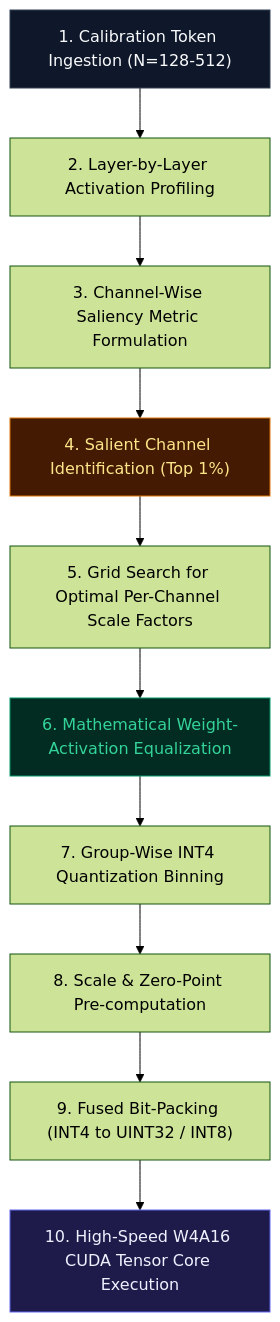
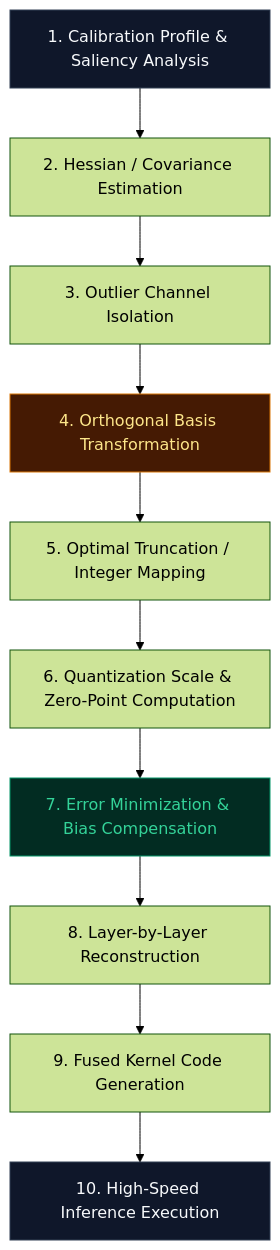
One commit to tahamajs/NeuralOps changed the second of 2 diagrams in Docs/content/compressions_blog/awq_blog.md. Above: the diagram before and after it, drawn with Mermaid (forest theme). The commit also changed other lines of this file and 193 other files, not shown here.

````diff
--- a/Docs/content/compressions_blog/awq_blog.md
+++ b/Docs/content/compressions_blog/awq_blog.md
@@ -76,17 +75,17 @@
 ```mermaid
 graph TD
-    P1["1. Calibration Token Ingestion (N=128-512)"] --> P2["2. Layer-by-Layer Activation Profiling"]
-    P2 --> P3["3. Channel-Wise Saliency Metric Formulation"]
-    P3 --> P4["4. Salient Channel Identification (Top 1%)"]
-    P4 --> P5["5. Grid Search for Optimal Per-Channel Scale Factors"]
-    P5 --> P6["6. Mathematical Weight-Activation Equalization"]
-    P6 --> P7["7. Group-Wise INT4 Quantization Binning"]
-    P7 --> P8["8. Scale & Zero-Point Pre-computation"]
-    P8 --> P9["9. Fused Bit-Packing (INT4 to UINT32 / INT8)"]
-    P9 --> P10["10. High-Speed W4A16 CUDA Tensor Core Execution"]
+    Step1["1. Calibration Profile & Saliency Analysis"] --> Step2["2. Hessian / Covariance Estimation"]
+    Step2 --> Step3["3. Outlier Channel Isolation"]
+    Step3 --> Step4["4. Orthogonal Basis Transformation"]
+    Step4 --> Step5["5. Optimal Truncation / Integer Mapping"]
+    Step5 --> Step6["6. Quantization Scale & Zero-Point Computation"]
+    Step6 --> Step7["7. Error Minimization & Bias Compensation"]
+    Step7 --> Step8["8. Layer-by-Layer Reconstruction"]
+    Step8 --> Step9["9. Fused Kernel Code Generation"]
+    Step9 --> Step10["10. High-Speed Inference Execution"]
 
-    style P1 fill:#0F172A,stroke:#334155,color:#F8FAFC
-    style P4 fill:#451A03,stroke:#D97706,color:#FDE68A
-    style P6 fill:#022C22,stroke:#059669,color:#34D399
-    style P10 fill:#1E1B4B,stroke:#6366F1,color:#EEF2FF
+    style Step1 fill:#0F172A,stroke:#334155,color:#F8FAFC
+    style Step4 fill:#451A03,stroke:#D97706,color:#FDE68A
+    style Step7 fill:#022C22,stroke:#059669,color:#34D399
+    style Step10 fill:#0F172A,stroke:#334155,color:#F8FAFC
 ```
````
